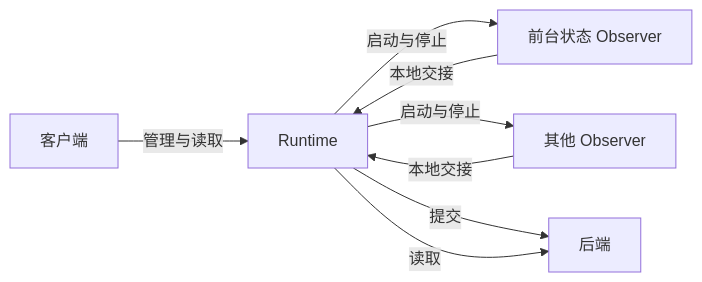
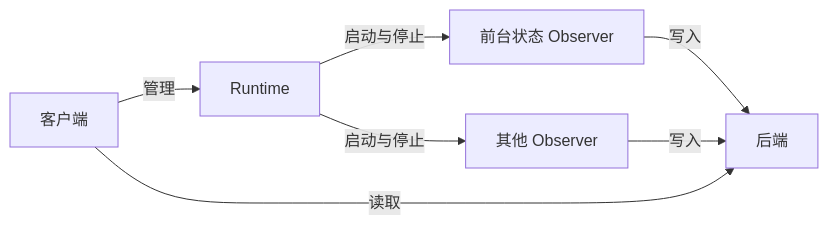
The diagram in src/Docs/Orisumi.Docs/content/docs/clients/device.mdx (shenxianovo/Heartbeat), drawn with Mermaid before and after one commit. The commit also changed other lines of this file and 97 other files, not shown here.

````diff
--- a/src/Docs/Orisumi.Docs/content/docs/clients/device.mdx
+++ b/src/Docs/Orisumi.Docs/content/docs/clients/device.mdx
@@ -14,15 +14,14 @@
 ```mermaid
 flowchart LR
-  C[客户端] -->|管理与读取| R[Runtime]
+  C[客户端] -->|管理| R[Runtime]
   R -->|启动与停止| O1[前台状态 Observer]
   R -->|启动与停止| O2[其他 Observer]
-  O1 -->|本地交接| R
-  O2 -->|本地交接| R
-  R -->|提交| B[后端]
-  R -->|读取| B
+  O1 -->|写入| B[后端]
+  O2 -->|写入| B
+  C -->|读取| B
   click C "/clients/macos"
   click R "/hosting/runtime"
   click O1 "/observers/foreground-state"
   click O2 "/observers"
   click B "/api"
 ```
````
